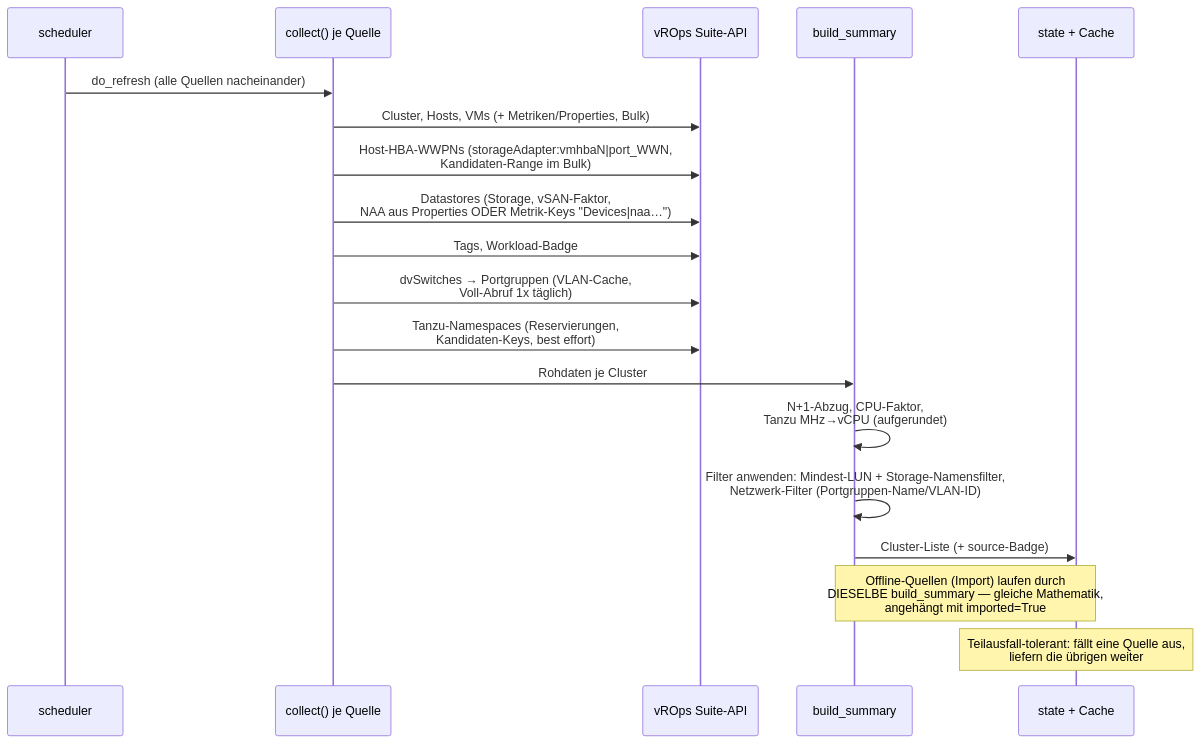
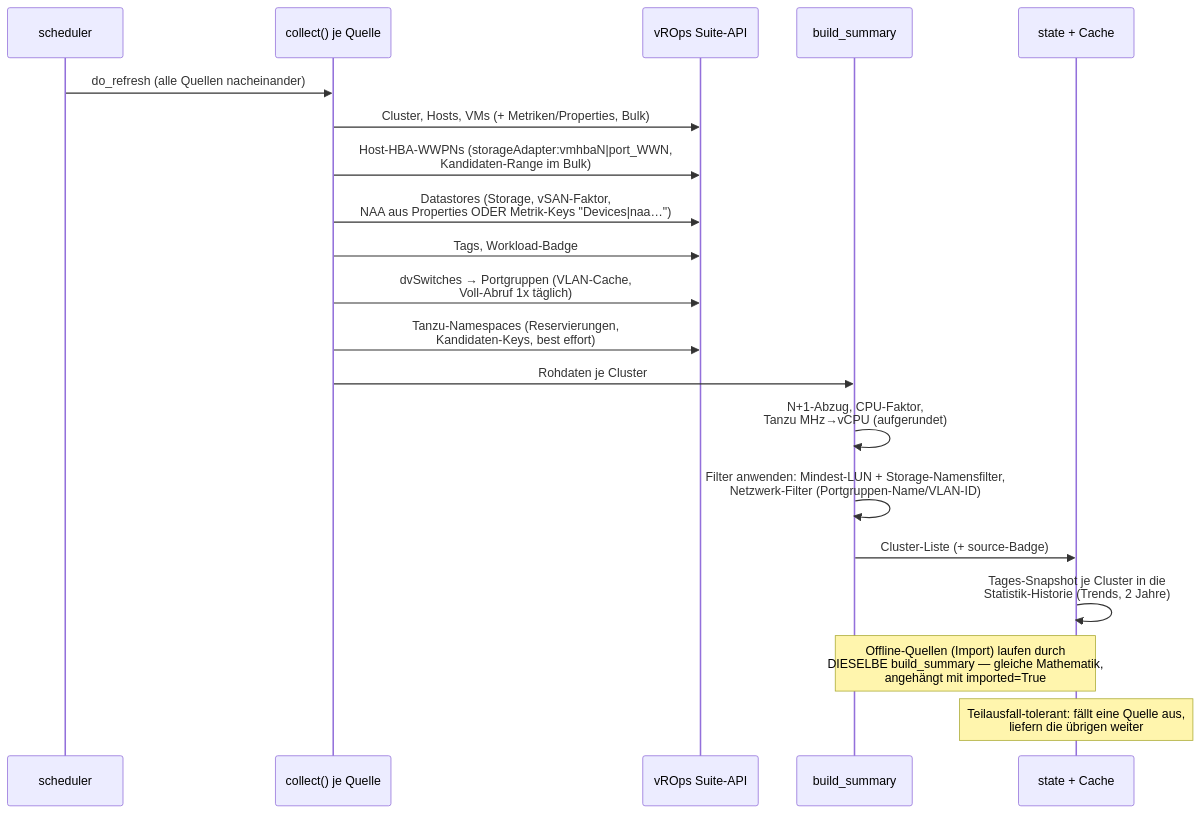
The third of 6 diagrams in docs/ARCHITEKTUR.md (marcobockelbrink/vmware), drawn with Mermaid before and after one commit. The commit also changed other lines of this file and 9 other files, not shown here.

````diff
--- a/docs/ARCHITEKTUR.md
+++ b/docs/ARCHITEKTUR.md
@@ -99,22 +99,23 @@
 ```mermaid
 sequenceDiagram
     participant S as scheduler
     participant C as collect() je Quelle
     participant V as vROps Suite-API
     participant B as build_summary
     participant ST as state + Cache
 
     S->>C: do_refresh (alle Quellen nacheinander)
     C->>V: Cluster, Hosts, VMs (+ Metriken/Properties, Bulk)
     C->>V: Host-HBA-WWPNs (storageAdapter:vmhbaN|port_WWN,<br/>Kandidaten-Range im Bulk)
     C->>V: Datastores (Storage, vSAN-Faktor,<br/>NAA aus Properties ODER Metrik-Keys "Devices|naa…")
     C->>V: Tags, Workload-Badge
     C->>V: dvSwitches → Portgruppen (VLAN-Cache,<br/>Voll-Abruf 1x täglich)
     C->>V: Tanzu-Namespaces (Reservierungen,<br/>Kandidaten-Keys, best effort)
     C->>B: Rohdaten je Cluster
     B->>B: N+1-Abzug, CPU-Faktor,<br/>Tanzu MHz→vCPU (aufgerundet)
     B->>B: Filter anwenden: Mindest-LUN + Storage-Namensfilter,<br/>Netzwerk-Filter (Portgruppen-Name/VLAN-ID)
     B->>ST: Cluster-Liste (+ source-Badge)
+    ST->>ST: Tages-Snapshot je Cluster in die<br/>Statistik-Historie (Trends, 2 Jahre)
     Note over B,ST: Offline-Quellen (Import) laufen durch<br/>DIESELBE build_summary — gleiche Mathematik,<br/>angehängt mit imported=True
     Note over ST: Teilausfall-tolerant: fällt eine Quelle aus,<br/>liefern die übrigen weiter
 ```
````
